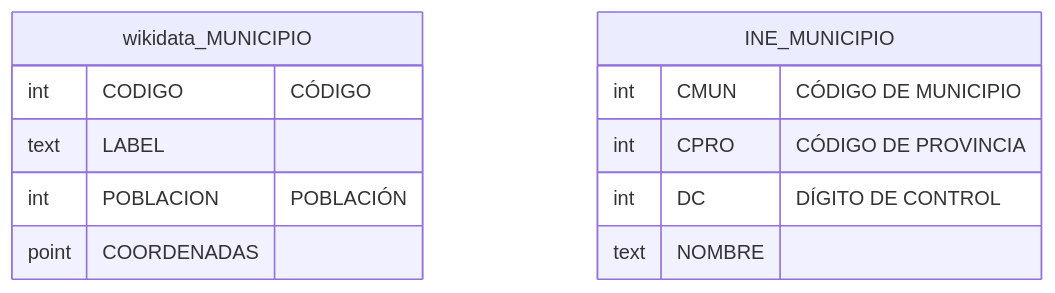
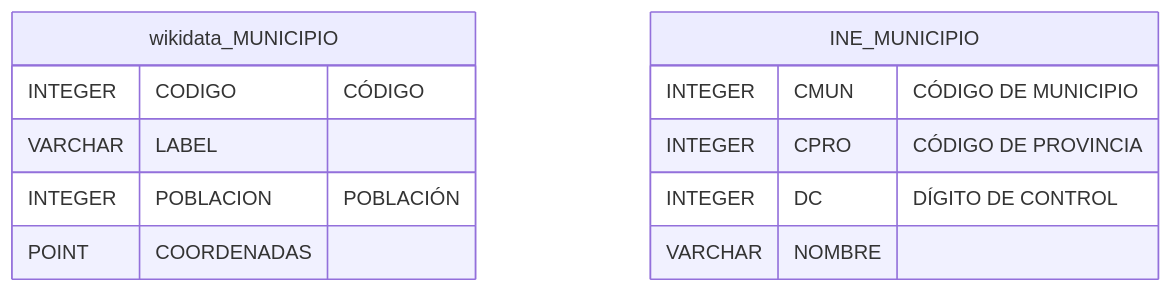
Before and after one commit to xXaceitunaXx/Tren-ES: the first of 4 diagrams in docs/EsquemasOrigen.md, drawn with Mermaid. The commit also changed other lines of this file and 4 other files, not shown here.

````diff
--- a/docs/EsquemasOrigen.md
+++ b/docs/EsquemasOrigen.md
@@ -31,16 +31,16 @@
 ```mermaid
 erDiagram
     wikidata_MUNICIPIO {
-        int CODIGO "CÓDIGO"
-        text LABEL
-        int POBLACION "POBLACIÓN"
-        point COORDENADAS
+        INTEGER CODIGO "CÓDIGO"
+        VARCHAR LABEL
+        INTEGER POBLACION "POBLACIÓN"
+        POINT COORDENADAS
     }
 
     INE_MUNICIPIO {
-        int CMUN "CÓDIGO DE MUNICIPIO"
-        int CPRO "CÓDIGO DE PROVINCIA"
-        int DC "DÍGITO DE CONTROL"
-        text NOMBRE
+        INTEGER CMUN "CÓDIGO DE MUNICIPIO"
+        INTEGER CPRO "CÓDIGO DE PROVINCIA"
+        INTEGER DC "DÍGITO DE CONTROL"
+        VARCHAR NOMBRE
     }
 ```
````
